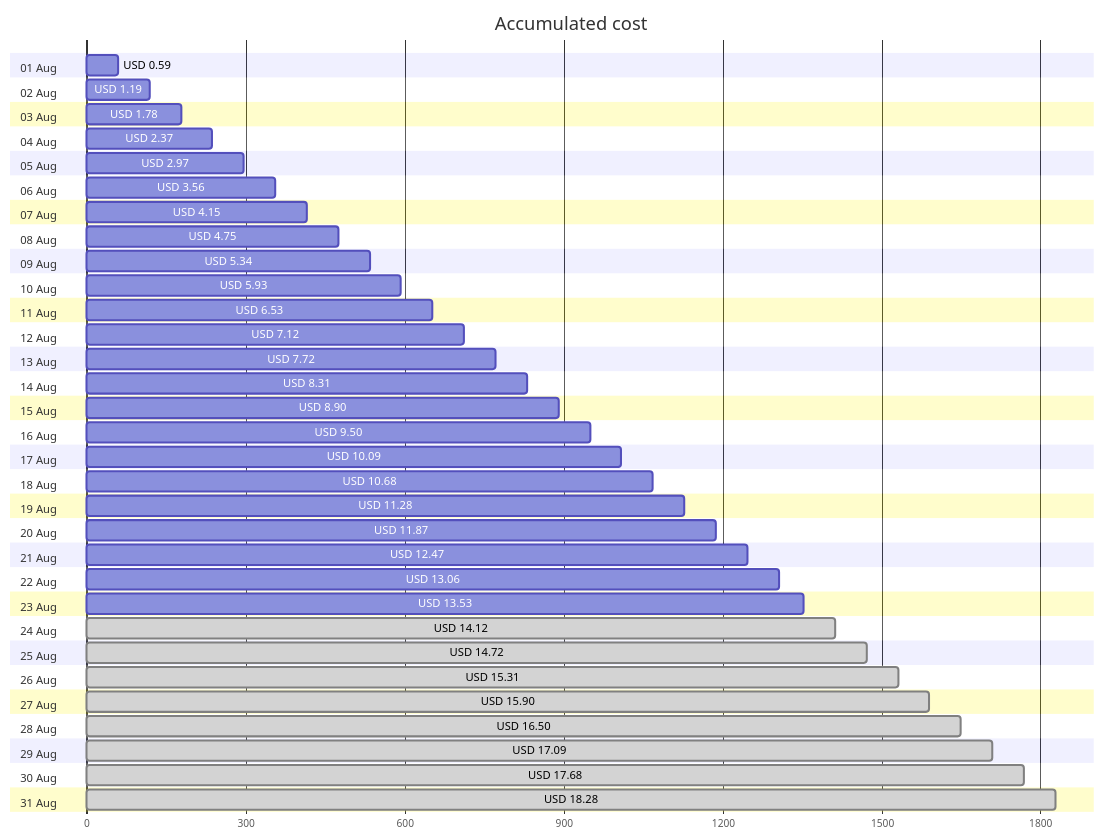
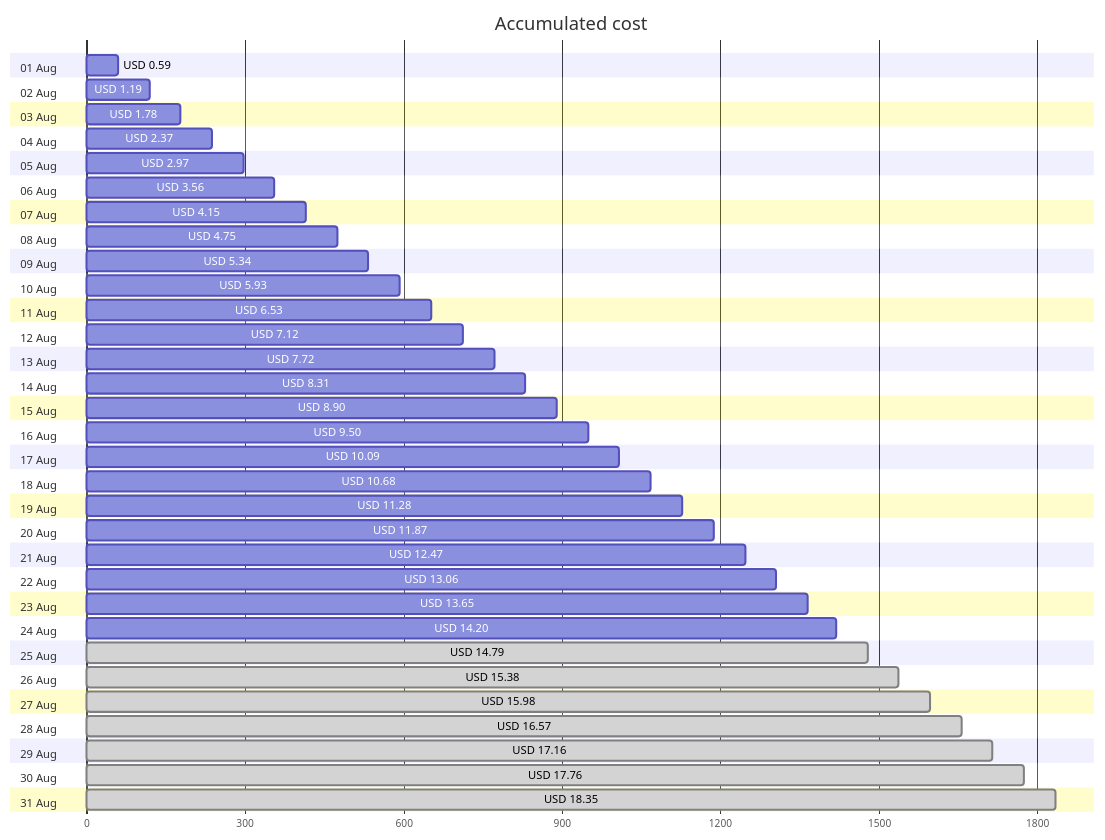
One commit to jpfulton/azure-personal-reports changed the first of 4 diagrams in cost-reports/personal-site/README.md. Above: the diagram before and after it, drawn with Mermaid. The commit also changed other lines of this file and 6 other files, not shown here.

````diff
--- a/cost-reports/personal-site/README.md
+++ b/cost-reports/personal-site/README.md
@@ -20,68 +20,68 @@
 ```mermaid
 gantt
    title Accumulated cost
    dateFormat  X
    axisFormat %s
    section 01 Aug
    USD 0.59 :0, 59
    section 02 Aug
    USD 1.19 :0, 119
    section 03 Aug
    USD 1.78 :0, 178
    section 04 Aug
    USD 2.37 :0, 237
    section 05 Aug
    USD 2.97 :0, 297
    section 06 Aug
    USD 3.56 :0, 356
    section 07 Aug
    USD 4.15 :0, 415
    section 08 Aug
    USD 4.75 :0, 475
    section 09 Aug
    USD 5.34 :0, 534
    section 10 Aug
    USD 5.93 :0, 593
    section 11 Aug
    USD 6.53 :0, 653
    section 12 Aug
    USD 7.12 :0, 712
    section 13 Aug
    USD 7.72 :0, 772
    section 14 Aug
    USD 8.31 :0, 831
    section 15 Aug
    USD 8.90 :0, 890
    section 16 Aug
    USD 9.50 :0, 950
    section 17 Aug
    USD 10.09 :0, 1009
    section 18 Aug
    USD 10.68 :0, 1068
    section 19 Aug
    USD 11.28 :0, 1128
    section 20 Aug
    USD 11.87 :0, 1187
    section 21 Aug
    USD 12.47 :0, 1247
    section 22 Aug
    USD 13.06 :0, 1306
    section 23 Aug
-   USD 13.53 :0, 1353
+   USD 13.65 :0, 1365
    section 24 Aug
-   USD 14.12 : done, 0, 1412
+   USD 14.20 :0, 1420
    section 25 Aug
-   USD 14.72 : done, 0, 1472
+   USD 14.79 : done, 0, 1479
    section 26 Aug
-   USD 15.31 : done, 0, 1531
+   USD 15.38 : done, 0, 1538
    section 27 Aug
-   USD 15.90 : done, 0, 1590
+   USD 15.98 : done, 0, 1598
    section 28 Aug
-   USD 16.50 : done, 0, 1650
+   USD 16.57 : done, 0, 1657
    section 29 Aug
-   USD 17.09 : done, 0, 1709
+   USD 17.16 : done, 0, 1716
    section 30 Aug
-   USD 17.68 : done, 0, 1768
+   USD 17.76 : done, 0, 1776
    section 31 Aug
-   USD 18.28 : done, 0, 1828
+   USD 18.35 : done, 0, 1835
 ```
````
